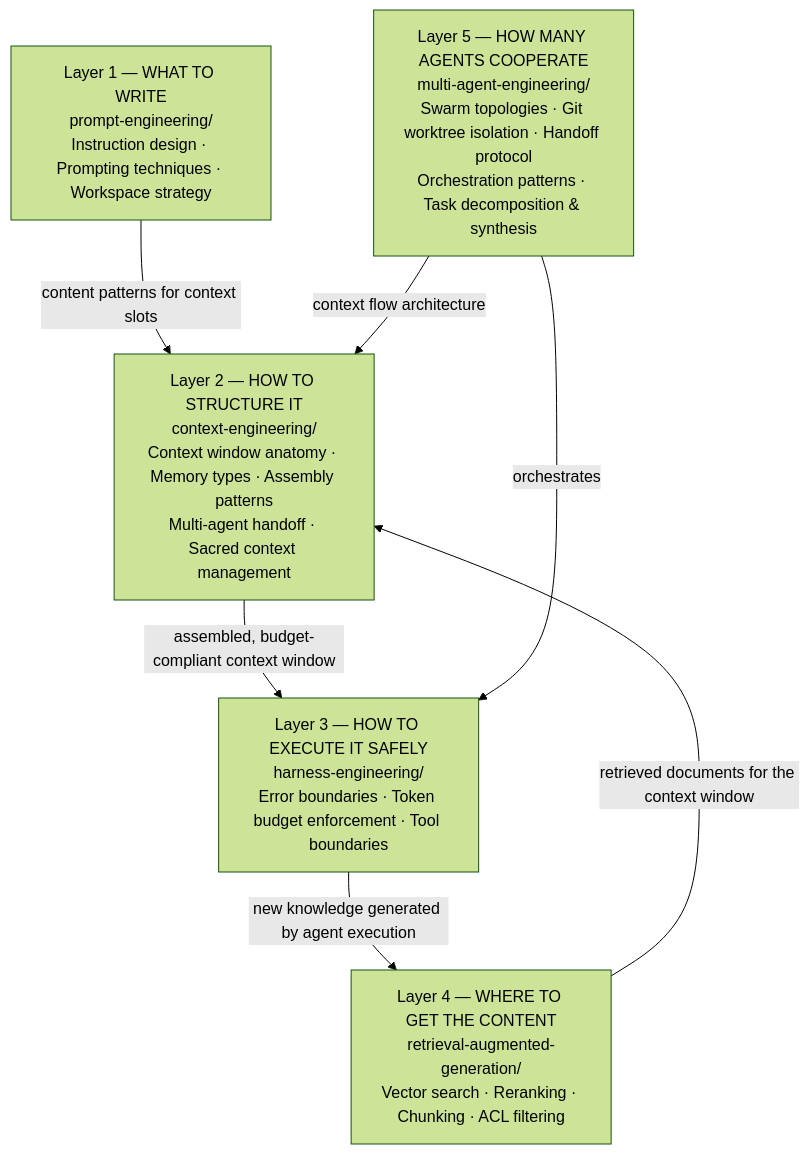
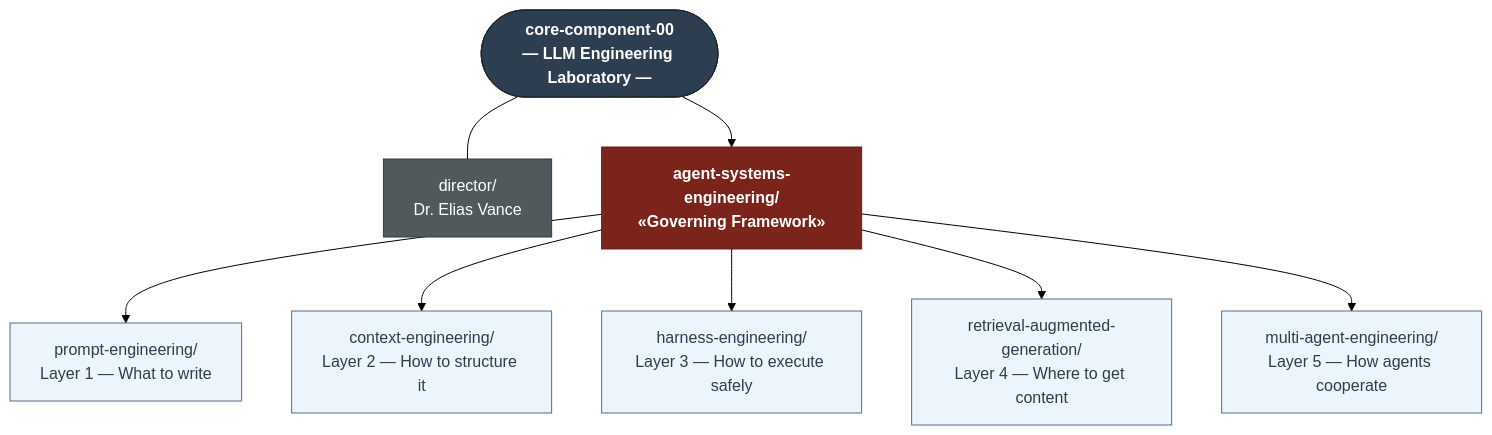
One commit to PhoenixNest/AGENT-GLOBAL-BASE changed the diagram in core-component-00/README.md. Above: the diagram before and after it, drawn with Mermaid (forest theme). The commit also changed other lines of this file and 48 other files, not shown here.

````diff
--- a/core-component-00/README.md
+++ b/core-component-00/README.md
@@ -172,15 +27,29 @@
 ```mermaid
-flowchart TD
-    PE["Layer 1 — WHAT TO WRITE<br/>prompt-engineering/<br/>Instruction design · Prompting techniques · Workspace strategy"]
-    CE["Layer 2 — HOW TO STRUCTURE IT<br/>context-engineering/<br/>Context window anatomy · Memory types · Assembly patterns<br/>Multi-agent handoff · Sacred context management"]
-    HE["Layer 3 — HOW TO EXECUTE IT SAFELY<br/>harness-engineering/<br/>Error boundaries · Token budget enforcement · Tool boundaries"]
-    RAG["Layer 4 — WHERE TO GET THE CONTENT<br/>retrieval-augmented-generation/<br/>Vector search · Reranking · Chunking · ACL filtering"]
-    MAE["Layer 5 — HOW MANY AGENTS COOPERATE<br/>multi-agent-engineering/<br/>Swarm topologies · Git worktree isolation · Handoff protocol<br/>Orchestration patterns · Task decomposition & synthesis"]
+graph TB
+    CC00(["core-component-00<br/>— LLM Engineering Laboratory —"])
+    DIR["director/<br/>Dr. Elias Vance"]
+    ASE["agent-systems-engineering/<br/>«Governing Framework»"]
+    PE["prompt-engineering/<br/>Layer 1 — What to write"]
+    CE["context-engineering/<br/>Layer 2 — How to structure it"]
+    HE["harness-engineering/<br/>Layer 3 — How to execute safely"]
+    RAG["retrieval-augmented-generation/<br/>Layer 4 — Where to get content"]
+    MAE["multi-agent-engineering/<br/>Layer 5 — How agents cooperate"]
 
-    PE -->|"content patterns for context slots"| CE
-    CE -->|"assembled, budget-compliant context window"| HE
-    RAG -->|"retrieved documents for the context window"| CE
-    HE -->|"new knowledge generated by agent execution"| RAG
-    MAE -->|"orchestrates"| HE
-    MAE -->|"context flow architecture"| CE
+    CC00 --- DIR
+    CC00 --> ASE
+    ASE --> PE
+    ASE --> CE
+    ASE --> HE
+    ASE --> RAG
+    ASE --> MAE
+
+    classDef lab fill:#2C3E50,stroke:#1A252F,color:#fff,font-weight:bold
+    classDef ase fill:#7B241C,stroke:#641E16,color:#fff,font-weight:bold
+    classDef mod fill:#EBF5FB,stroke:#5D6D7E,color:#2C3E50
+    classDef dir fill:#515A5A,stroke:#2C3E50,color:#fff
+
+    class CC00 lab
+    class ASE ase
+    class PE,CE,HE,RAG,MAE mod
+    class DIR dir
 ```
````
